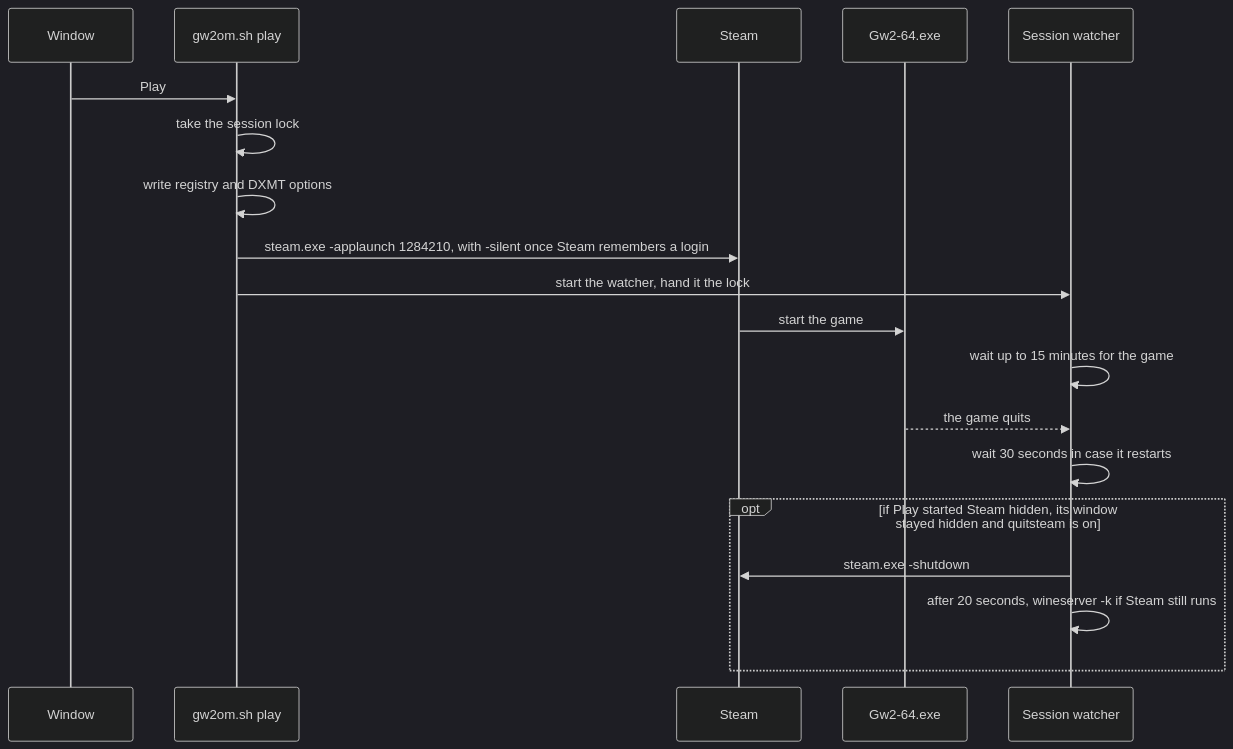
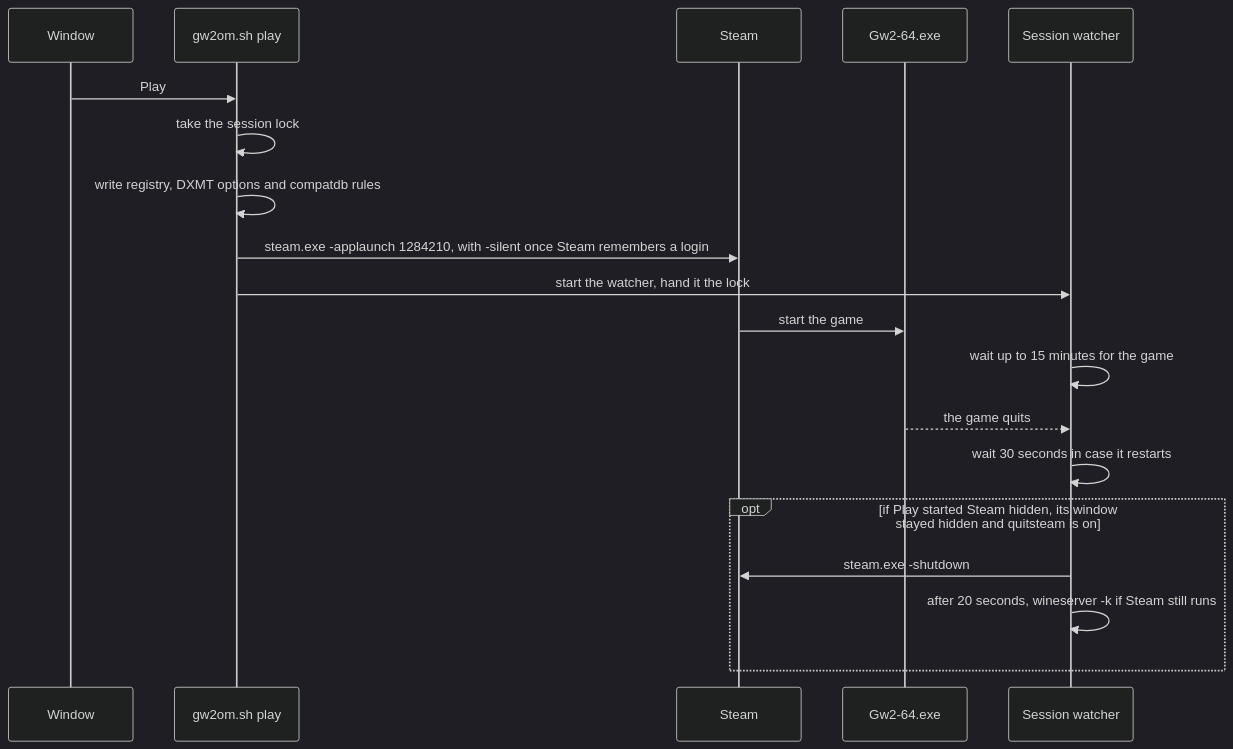
The second of 3 diagrams in README.md (jdrly/gw2-on-mac), drawn with Mermaid (dark theme) before and after one commit. The commit also changed other lines of this file and 17 other files, not shown here.

First line of the commit message:
Play: start the game with this engine's compatdb rules, and grey out what it can't do (#26)

````diff
--- a/README.md
+++ b/README.md
@@ -430,21 +459,21 @@
 ```mermaid
 sequenceDiagram
     participant W as Window
     participant P as gw2om.sh play
     participant S as Steam
     participant G as Gw2-64.exe
     participant X as Session watcher
     W->>P: Play
     P->>P: take the session lock
-    P->>P: write registry and DXMT options
+    P->>P: write registry, DXMT options and compatdb rules
     P->>S: steam.exe -applaunch 1284210, with -silent once Steam remembers a login
     P->>X: start the watcher, hand it the lock
     S->>G: start the game
     X->>X: wait up to 15 minutes for the game
     G-->>X: the game quits
     X->>X: wait 30 seconds in case it restarts
     opt if Play started Steam hidden, its window stayed hidden and quitsteam is on
         X->>S: steam.exe -shutdown
         X->>X: after 20 seconds, wineserver -k if Steam still runs
     end
 ```
````
